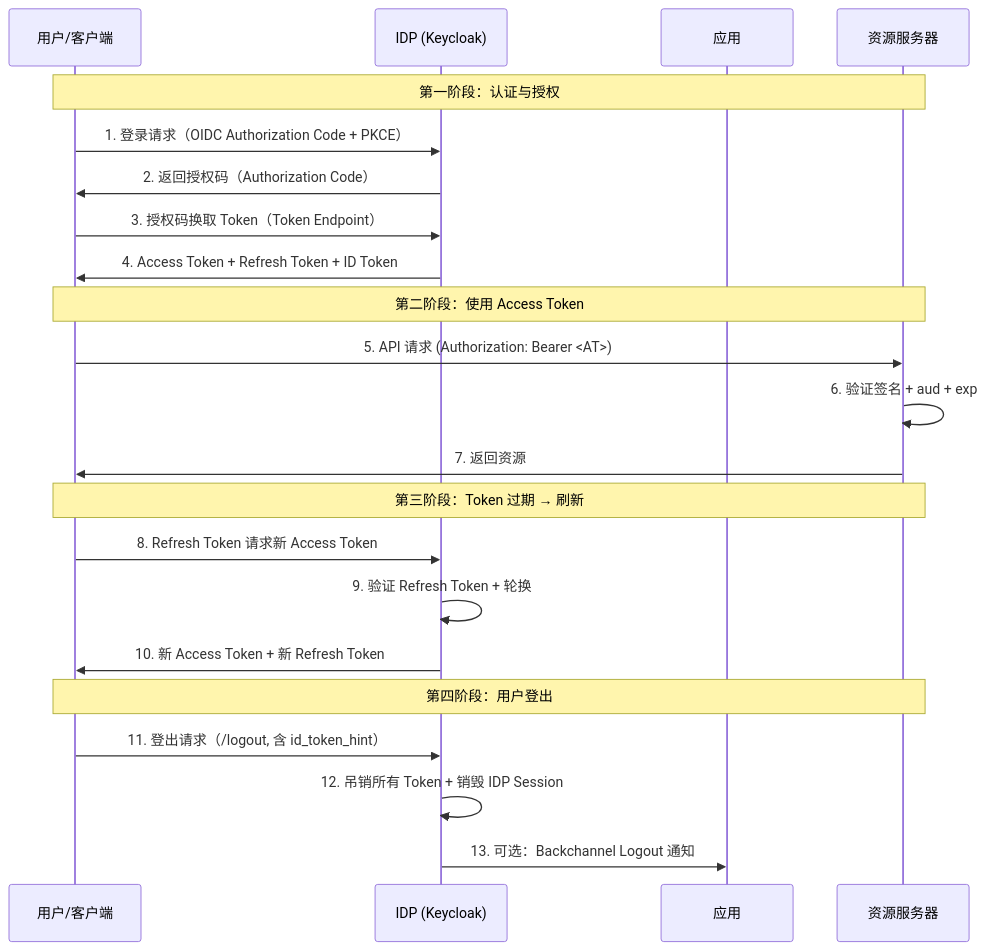
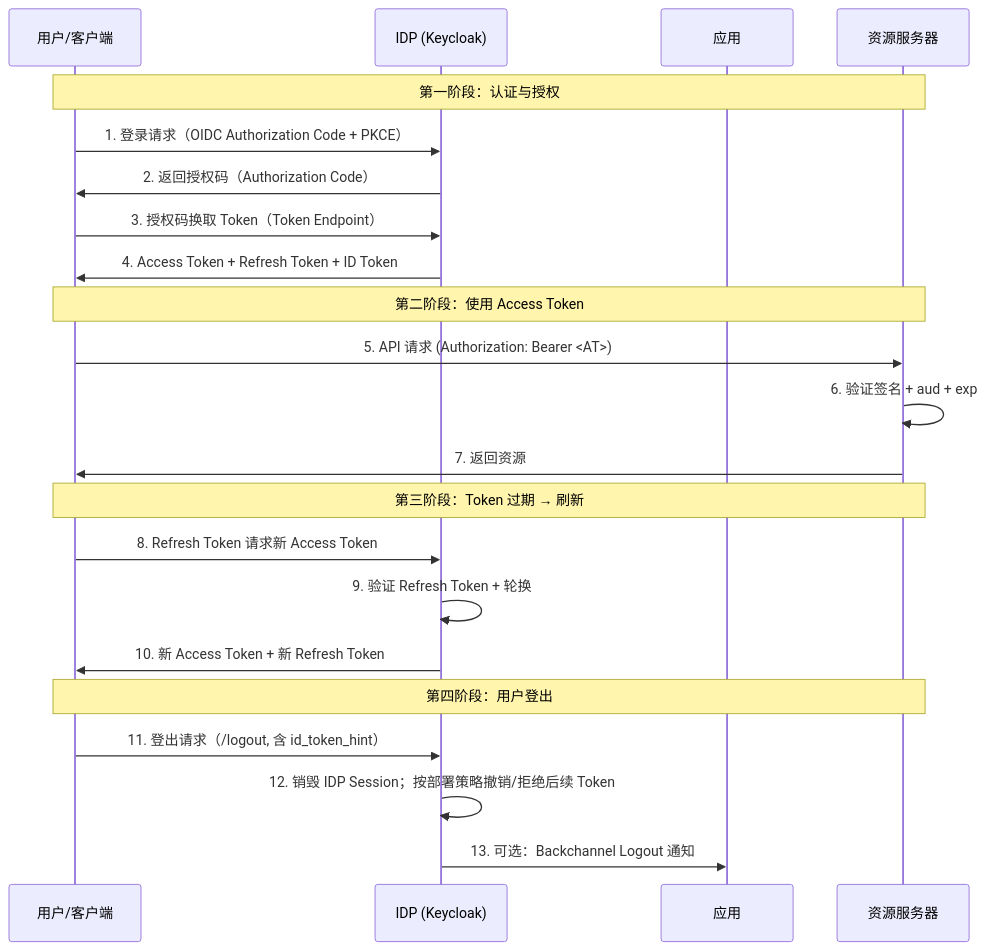
One commit to l10178/idaas-book changed the diagram in content/docs/advanced-topics/iam-session-management.md. Above: the diagram before and after it, drawn with Mermaid. The commit also changed other lines of this file and 1 other file, not shown here.

Commit message:
docs: clarify IAM token revocation boundaries
Clarify IAM lifecycle propagation and token revocation boundaries. Documentation-only; npm run build passed.

````diff
--- a/content/docs/advanced-topics/iam-session-management.md
+++ b/content/docs/advanced-topics/iam-session-management.md
@@ -32,28 +32,28 @@
 ```mermaid
 sequenceDiagram
     participant U as 用户/客户端
     participant IDP as IDP (Keycloak)
     participant App as 应用
     participant RS as 资源服务器
 
     Note over U,RS: 第一阶段：认证与授权
     U->>IDP: 1. 登录请求（OIDC Authorization Code + PKCE）
     IDP->>U: 2. 返回授权码（Authorization Code）
     U->>IDP: 3. 授权码换取 Token（Token Endpoint）
     IDP->>U: 4. Access Token + Refresh Token + ID Token
 
     Note over U,RS: 第二阶段：使用 Access Token
     U->>RS: 5. API 请求 (Authorization: Bearer <AT>)
     RS->>RS: 6. 验证签名 + aud + exp
     RS->>U: 7. 返回资源
 
     Note over U,RS: 第三阶段：Token 过期 → 刷新
     U->>IDP: 8. Refresh Token 请求新 Access Token
     IDP->>IDP: 9. 验证 Refresh Token + 轮换
     IDP->>U: 10. 新 Access Token + 新 Refresh Token
 
     Note over U,RS: 第四阶段：用户登出
     U->>IDP: 11. 登出请求（/logout, 含 id_token_hint）
-    IDP->>IDP: 12. 吊销所有 Token + 销毁 IDP Session
+    IDP->>IDP: 12. 销毁 IDP Session；按部署策略撤销/拒绝后续 Token
     IDP->>App: 13. 可选：Backchannel Logout 通知
 ```
````
